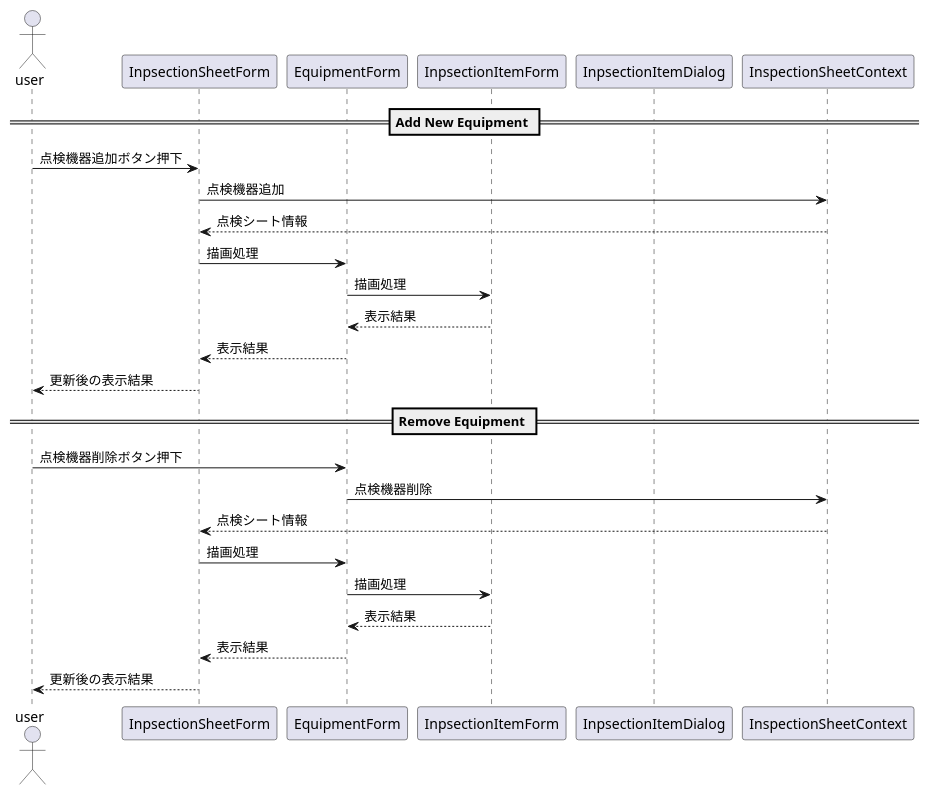
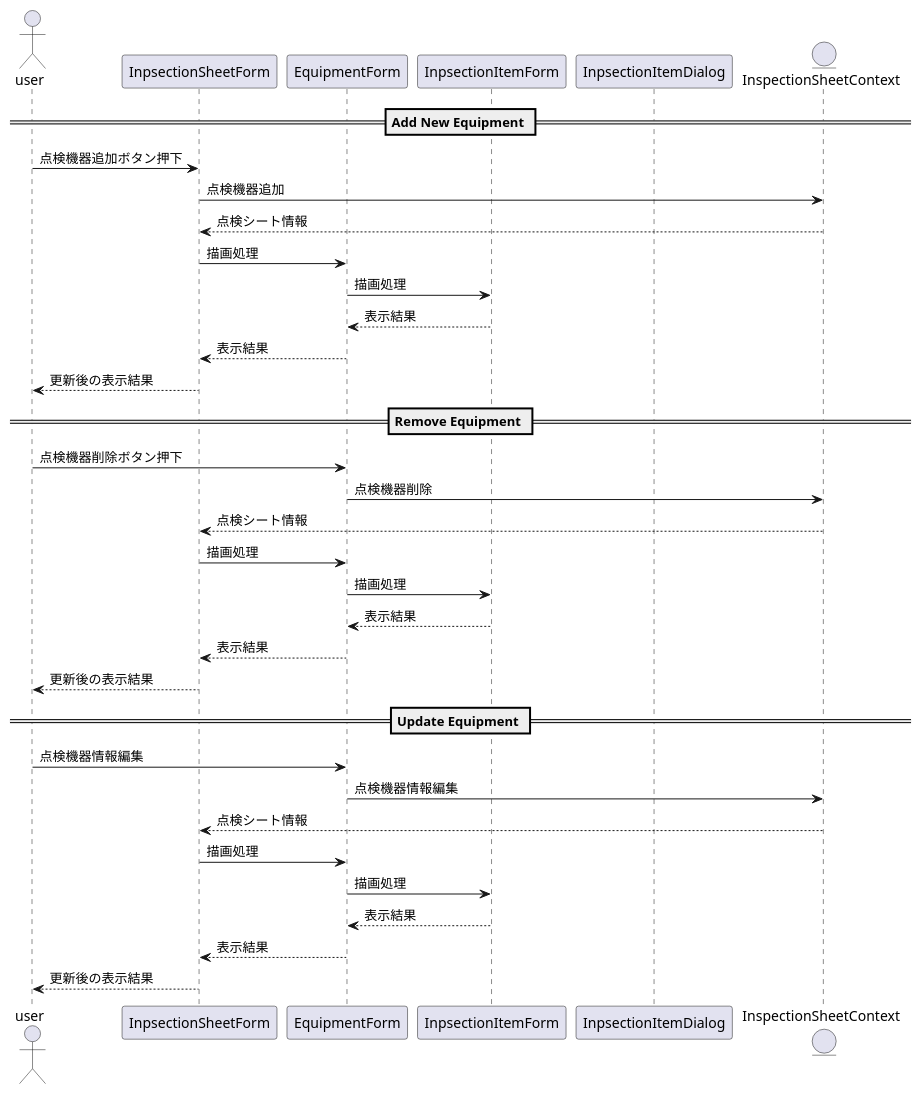
Before and after one commit to yasuaki-344/inspection-manager: the diagram in docs/sequence-diagrams.puml, drawn with PlantUML.

Commit message:
Add sequence for dquipment update

```diff
--- a/docs/sequence-diagrams.puml
+++ b/docs/sequence-diagrams.puml
@@ -1,29 +1,40 @@
 @startuml sequence-diagram
 
 actor user
 participant InpsectionSheetForm as sheetForm
 participant EquipmentForm as equipForm
 participant InpsectionItemForm as itemForm
 participant InpsectionItemDialog as itemDialog
-participant InspectionSheetContext as sheetContext
+entity InspectionSheetContext as sheetContext
 
 == Add New Equipment ==
 user -> sheetForm : 点検機器追加ボタン押下
 sheetForm -> sheetContext : 点検機器追加
 sheetForm <-- sheetContext : 点検シート情報
 sheetForm -> equipForm : 描画処理
 equipForm -> itemForm : 描画処理
 equipForm <-- itemForm : 表示結果
 sheetForm <-- equipForm : 表示結果
 user <-- sheetForm : 更新後の表示結果
 
 == Remove Equipment ==
 user -> equipForm : 点検機器削除ボタン押下
 equipForm -> sheetContext : 点検機器削除
 sheetForm <-- sheetContext : 点検シート情報
 sheetForm -> equipForm : 描画処理
 equipForm -> itemForm : 描画処理
 equipForm <-- itemForm : 表示結果
 sheetForm <-- equipForm : 表示結果
 user <-- sheetForm : 更新後の表示結果
+
+== Update Equipment ==
+user -> equipForm : 点検機器情報編集
+equipForm -> sheetContext : 点検機器情報編集
+sheetForm <-- sheetContext : 点検シート情報
+sheetForm -> equipForm : 描画処理
+equipForm -> itemForm : 描画処理
+equipForm <-- itemForm : 表示結果
+sheetForm <-- equipForm : 表示結果
+user <-- sheetForm : 更新後の表示結果
+
 @enduml
```
